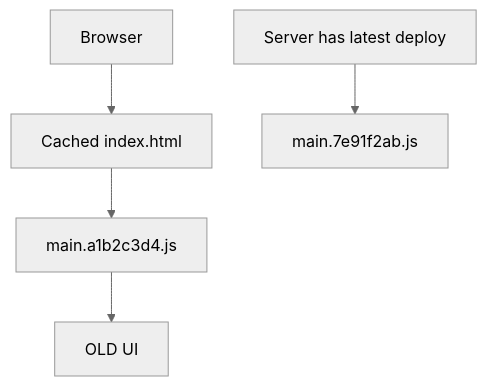
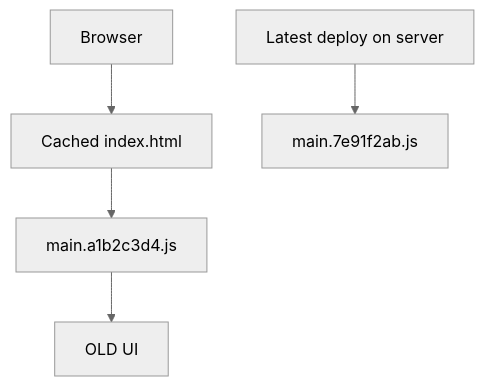
One commit to AkhilXavier95/portfolio changed the second of 5 diagrams in markdown/why-hard-refresh-fixes-stale-frontend-deploys.md. Above: the diagram before and after it, drawn with Mermaid (neutral theme). The commit also changed other lines of this file and 3 other files, not shown here.

First line of the commit message:
Refine Mermaid diagram rendering and enhance blog styles

````diff
--- a/markdown/why-hard-refresh-fixes-stale-frontend-deploys.md
+++ b/markdown/why-hard-refresh-fixes-stale-frontend-deploys.md
@@ -71,7 +71,7 @@
 ```mermaid
 flowchart TD
     A[Browser] --> B[Cached index.html]
     B --> C[main.a1b2c3d4.js]
     C --> D[OLD UI]
-    E[Server has latest deploy] --> F[main.7e91f2ab.js]
+    E[Latest deploy on server] --> F[main.7e91f2ab.js]
 ```
````
